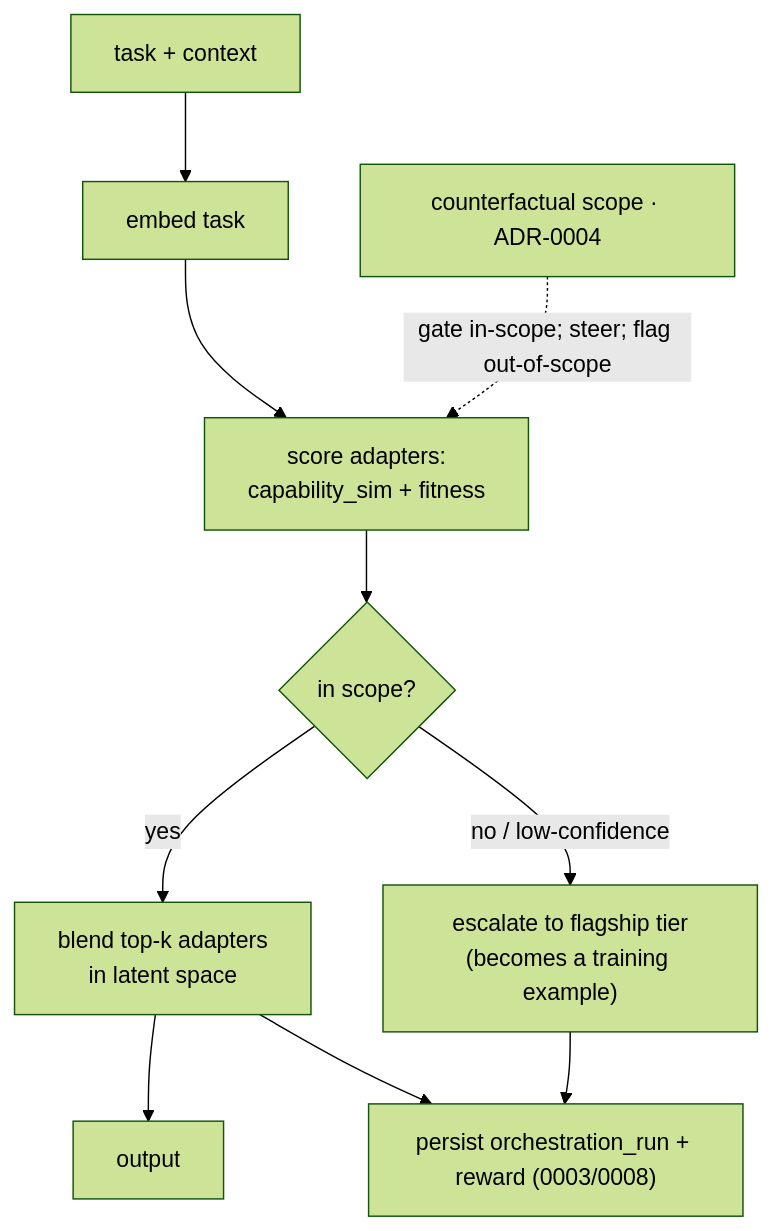
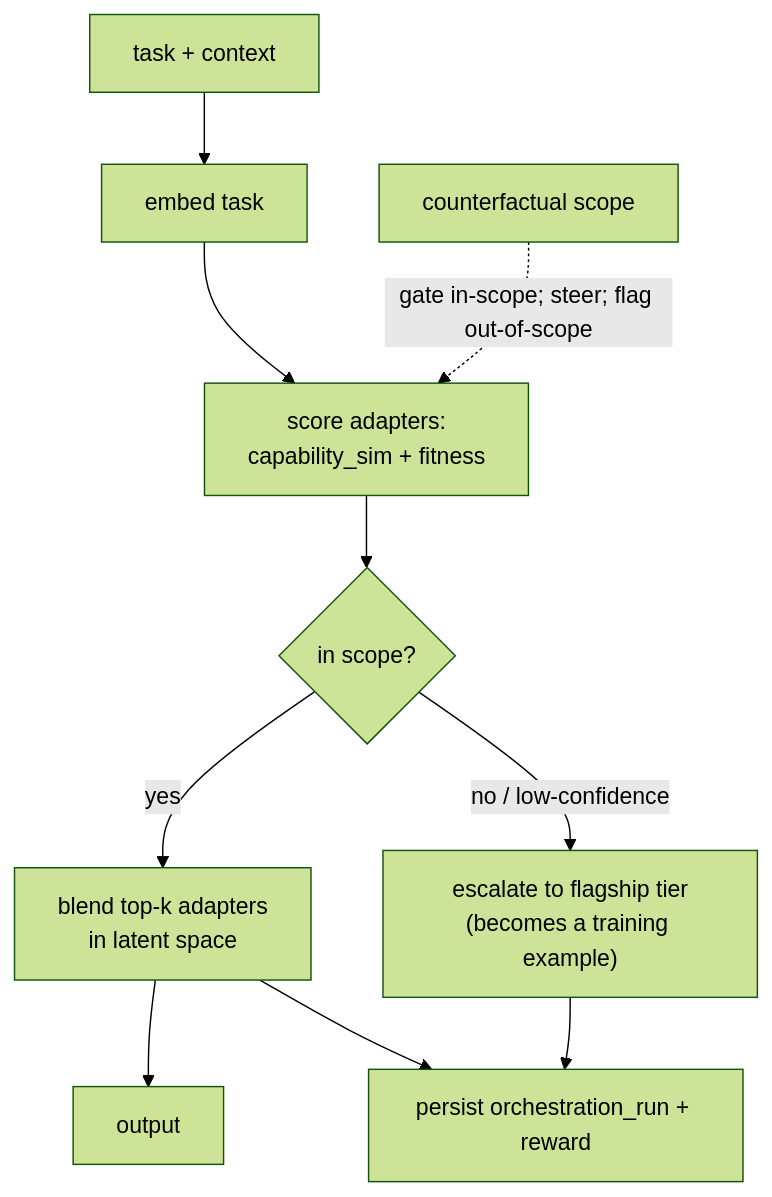
Before and after one commit to albedosehen/antumbra: diagram 11 of 15 in docs/diagrams.md, drawn with Mermaid (forest theme). The commit also changed other lines of this file and 93 other files, not shown here.

````diff
--- a/docs/diagrams.md
+++ b/docs/diagrams.md
@@ -243,12 +242,12 @@
 ```mermaid
 flowchart TB
     task["task + context"] --> EMB["embed task"]
     EMB --> SCORE["score adapters:<br/>capability_sim + fitness"]
-    BND["counterfactual scope · ADR-0004"] -. "gate in-scope; steer; flag out-of-scope" .-> SCORE
+    BND["counterfactual scope"] -. "gate in-scope; steer; flag out-of-scope" .-> SCORE
     SCORE --> DEC{"in scope?"}
     DEC -->|"yes"| MIX["blend top-k adapters<br/>in latent space"]
     DEC -->|"no / low-confidence"| ESC["escalate to flagship tier<br/>(becomes a training example)"]
     MIX --> OUT["output"]
-    MIX --> LOG["persist orchestration_run + reward (0003/0008)"]
+    MIX --> LOG["persist orchestration_run + reward"]
     ESC --> LOG
 ```
````
